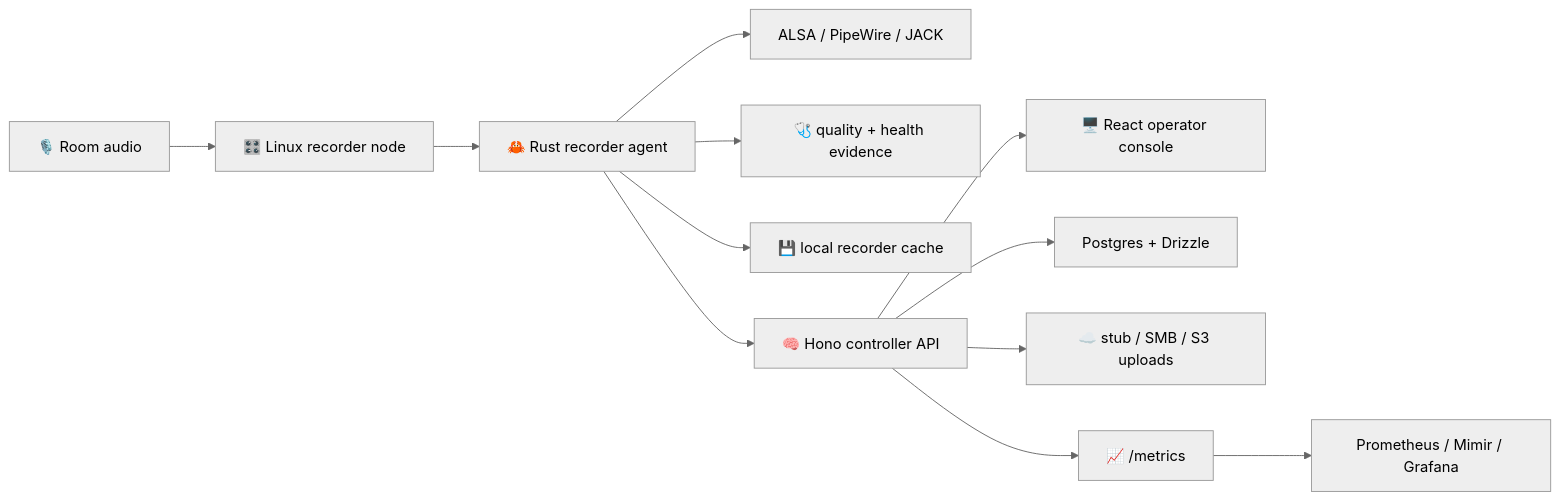
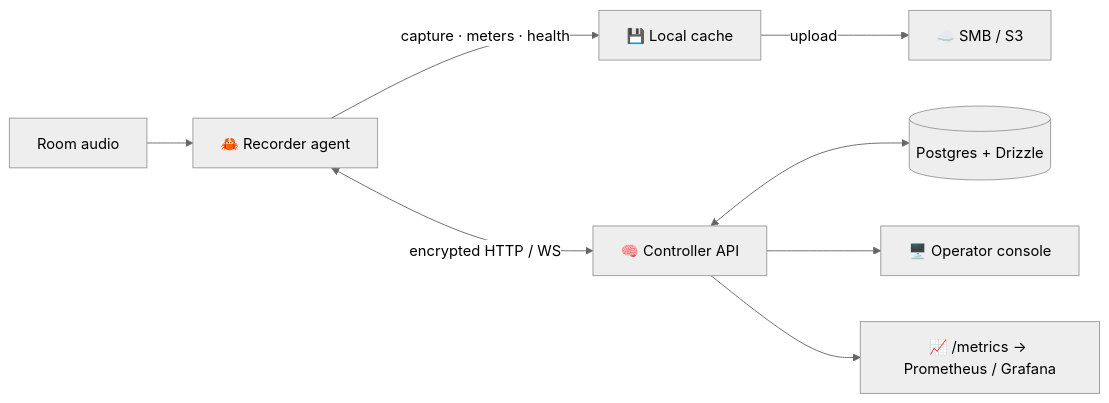
One commit to yashau/Rakkr changed the diagram in README.md. Above: the diagram before and after it, drawn with Mermaid (neutral theme). The commit also changed other lines of this file and 68 other files, not shown here.

````diff
--- a/README.md
+++ b/README.md
@@ -53,14 +61,10 @@
 ```mermaid
 flowchart LR
-  room["🎙️ Room audio"] --> node["🎛️ Linux recorder node"]
-  node --> agent["🦀 Rust recorder agent"]
-  agent --> capture["ALSA / PipeWire / JACK"]
-  agent --> health["🩺 quality + health evidence"]
-  agent --> cache["💾 local recorder cache"]
-  agent --> api["🧠 Hono controller API"]
-  api --> ui["🖥️ React operator console"]
-  api --> db["Postgres + Drizzle"]
-  api --> upload["☁️ stub / SMB / S3 uploads"]
-  api --> metrics["📈 /metrics"]
-  metrics --> obs["Prometheus / Mimir / Grafana"]
+  room["Room audio"] --> agent["🦀 Recorder agent"]
+  agent -->|"capture · meters · health"| cache["💾 Local cache"]
+  agent <-->|"encrypted HTTP / WS"| api["🧠 Controller API"]
+  api <--> db[("Postgres + Drizzle")]
+  api --> ui["🖥️ Operator console"]
+  cache -->|"upload"| storage["☁️ SMB / S3"]
+  api --> metrics["📈 /metrics → Prometheus / Grafana"]
 ```
````
